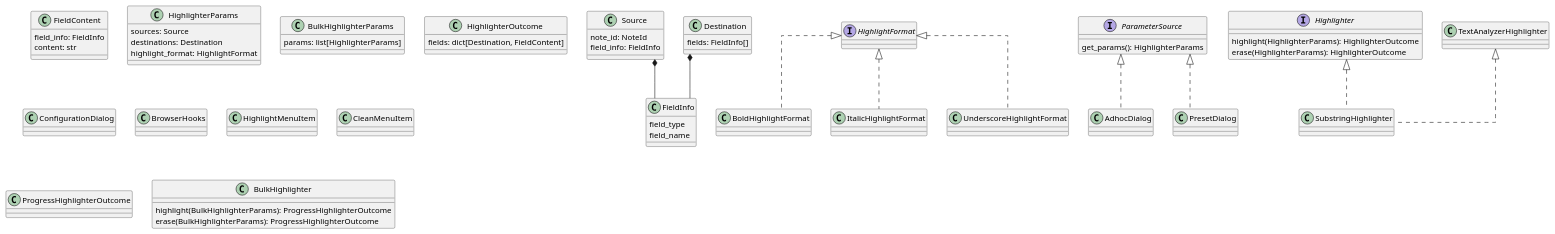
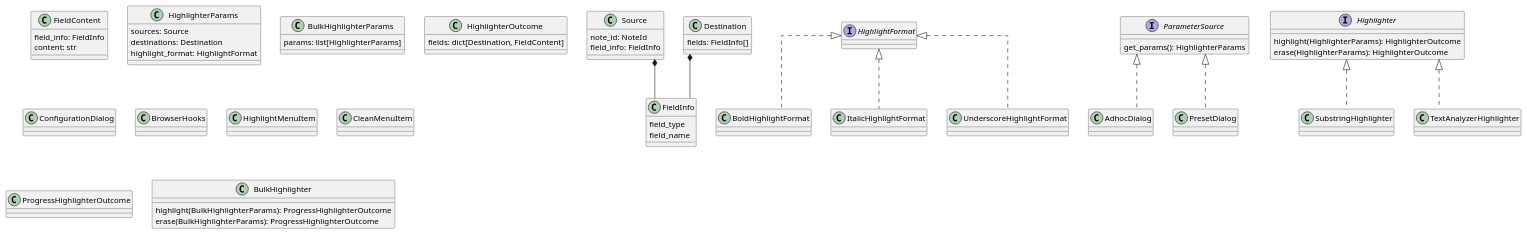
The diagram in docs-template/uml/architecture.puml (Aleks-Ya/cross-field-highlighter-anki-addon), drawn with PlantUML before and after one commit. The commit also changed 6 other files, not shown here.

```diff
--- a/docs-template/uml/architecture.puml
+++ b/docs-template/uml/architecture.puml
@@ -1,70 +1,70 @@
 @startuml
 'https://plantuml.com/class-diagram
 skinparam linetype ortho
 
 class FieldInfo {
     field_type
     field_name
 }
 class FieldContent {
     field_info: FieldInfo
     content: str
 }
 class Source {
     note_id: NoteId
     field_info: FieldInfo
 }
 class Destination {
     fields: FieldInfo[]
 }
 interface HighlightFormat
 class BoldHighlightFormat
 class ItalicHighlightFormat
 class UnderscoreHighlightFormat
 class HighlighterParams {
     sources: Source
     destinations: Destination
     highlight_format: HighlightFormat
 }
 class BulkHighlighterParams {
     params: list[HighlighterParams]
 }
 class HighlighterOutcome {
     fields: dict[Destination, FieldContent]
 }
 interface ParameterSource {
     get_params(): HighlighterParams
 }
 class AdhocDialog
 class PresetDialog
 class ConfigurationDialog
 interface Highlighter {
     highlight(HighlighterParams): HighlighterOutcome
     erase(HighlighterParams): HighlighterOutcome
 }
 class SubstringHighlighter
 class TextAnalyzerHighlighter
 class BrowserHooks
 class HighlightMenuItem
 class CleanMenuItem
 class ProgressHighlighterOutcome
 class BulkHighlighter {
     highlight(BulkHighlighterParams): ProgressHighlighterOutcome
     erase(BulkHighlighterParams): ProgressHighlighterOutcome
 }
 
 HighlightFormat <|.. BoldHighlightFormat
 HighlightFormat <|.. ItalicHighlightFormat
 HighlightFormat <|.. UnderscoreHighlightFormat
 
 Highlighter <|.. SubstringHighlighter
-TextAnalyzerHighlighter <|.. SubstringHighlighter
+Highlighter <|.. TextAnalyzerHighlighter
 
 ParameterSource <|.. AdhocDialog
 ParameterSource <|.. PresetDialog
 
 Destination *-- FieldInfo
 Source *-- FieldInfo
 
 
 @enduml
```
